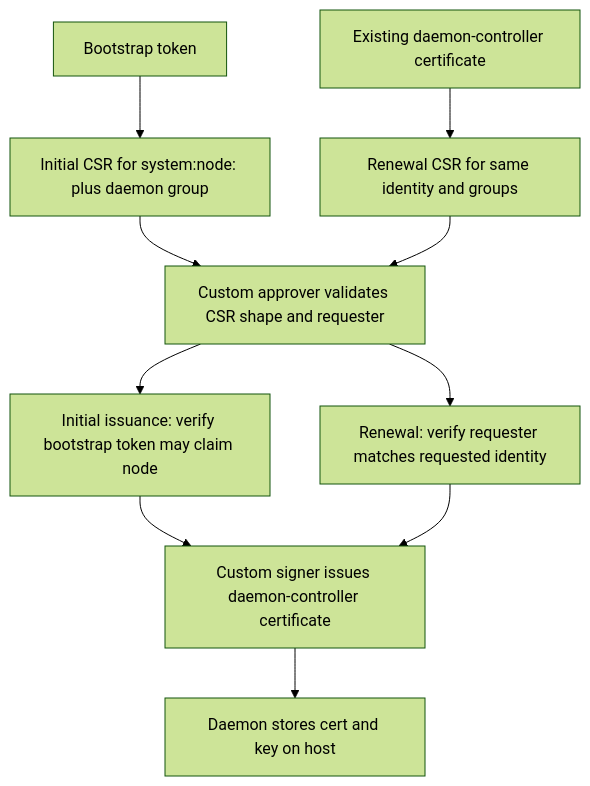
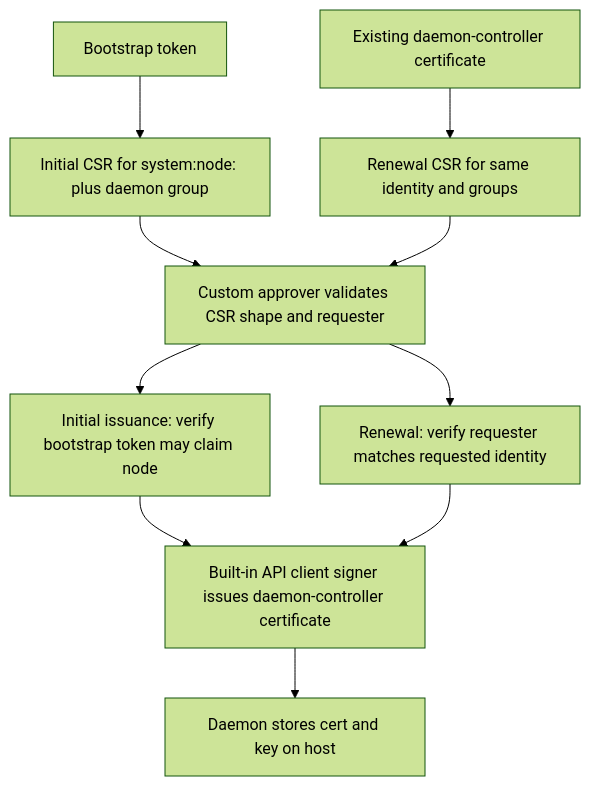
Before and after one commit to Azure/unbounded: the first of 2 diagrams in designs/daemon-controller-authnz.md, drawn with Mermaid (forest theme). The commit also changed other lines of this file, not shown here.

Commit message:
Clarify daemon cert signer design

````diff
--- a/designs/daemon-controller-authnz.md
+++ b/designs/daemon-controller-authnz.md
@@ -259,22 +343,22 @@
 ```mermaid
 flowchart TD
     BootstrapToken["Bootstrap token"]
     InitialCSR["Initial CSR for system:node:<nodeName> plus daemon group"]
     ExistingCert["Existing daemon-controller certificate"]
     RenewalCSR["Renewal CSR for same identity and groups"]
     Approver["Custom approver validates CSR shape and requester"]
     ClaimCheck["Initial issuance: verify bootstrap token may claim node"]
     RenewalCheck["Renewal: verify requester matches requested identity"]
-    Signer["Custom signer issues daemon-controller certificate"]
+    Signer["Built-in API client signer issues daemon-controller certificate"]
     StoredCert["Daemon stores cert and key on host"]
 
     BootstrapToken --> InitialCSR
     ExistingCert --> RenewalCSR
     InitialCSR --> Approver
     RenewalCSR --> Approver
     Approver --> ClaimCheck
     Approver --> RenewalCheck
     ClaimCheck --> Signer
     RenewalCheck --> Signer
     Signer --> StoredCert
 ```
````
